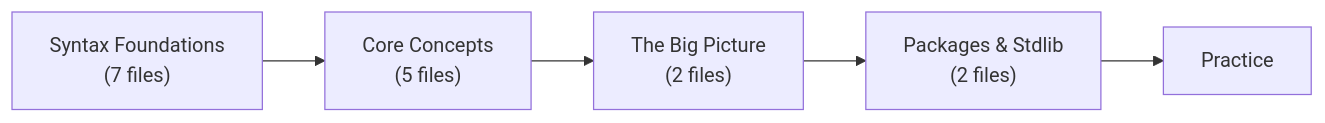
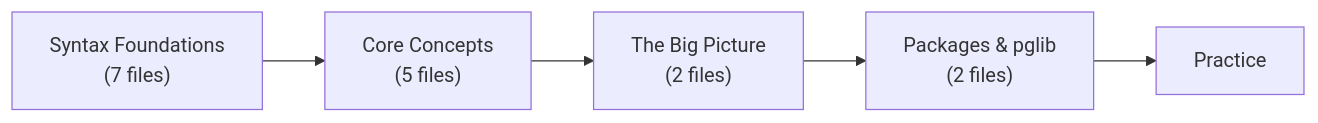
Before and after one commit to hasan-alj88/Polyglot: the diagram in docs/user/SPEC-INDEX.md, drawn with Mermaid. The commit also changed other lines of this file and 257 other files, not shown here.

First line of the commit message:
tooling: Native dispatch spec, lib/ scaffold, stdlib→pglib rename

````diff
--- a/docs/user/SPEC-INDEX.md
+++ b/docs/user/SPEC-INDEX.md
@@ -15,10 +15,10 @@
 ```mermaid
 flowchart LR
     P1["Syntax Foundations\n(7 files)"]
     P2["Core Concepts\n(5 files)"]
     P3["The Big Picture\n(2 files)"]
-    P4["Packages & Stdlib\n(2 files)"]
+    P4["Packages & pglib\n(2 files)"]
     P5["Practice"]
 
     P1 --> P2 --> P3 --> P4 --> P5
 ```
````
